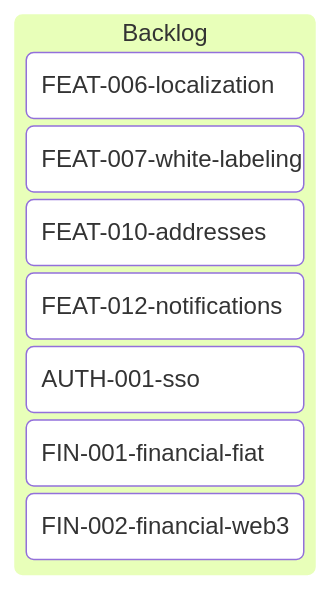
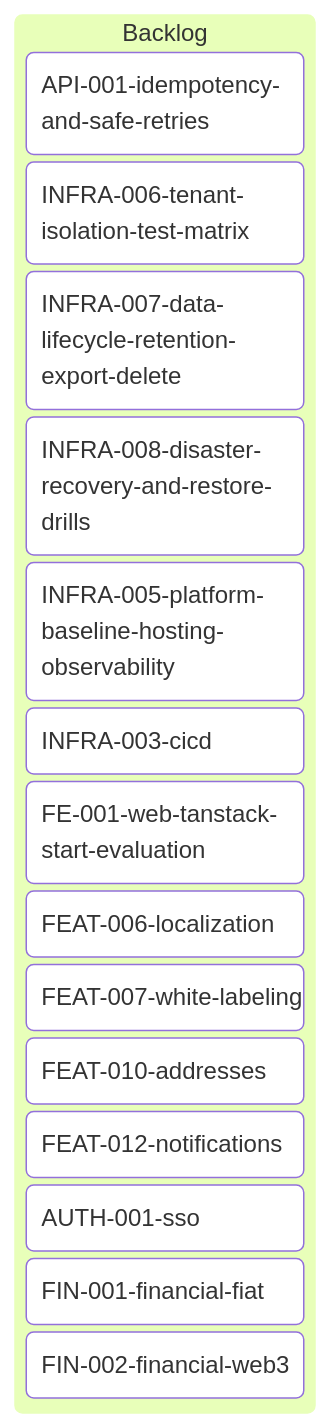
The diagram in tickets/kanban-backlog.md (inixiative/template), drawn with Mermaid before and after one commit. The commit also changed other lines of this file and 546 other files, not shown here.

First line of the commit message:
fix: resolve type errors and refactor permissions architecture

````diff
--- a/tickets/kanban-backlog.md
+++ b/tickets/kanban-backlog.md
@@ -3,16 +3,23 @@
 ```mermaid
 ---
 config:
   kanban:
     ticketBaseUrl: 'https://github.com/yourorg/template/blob/main/tickets/#TICKET#'
 ---
 kanban
   Backlog
+    API-001-idempotency-and-safe-retries
+    INFRA-006-tenant-isolation-test-matrix
+    INFRA-007-data-lifecycle-retention-export-delete
+    INFRA-008-disaster-recovery-and-restore-drills
+    INFRA-005-platform-baseline-hosting-observability
+    INFRA-003-cicd
+    FE-001-web-tanstack-start-evaluation
     FEAT-006-localization
     FEAT-007-white-labeling
     FEAT-010-addresses
     FEAT-012-notifications
     AUTH-001-sso
     FIN-001-financial-fiat
     FIN-002-financial-web3
 ```
````
